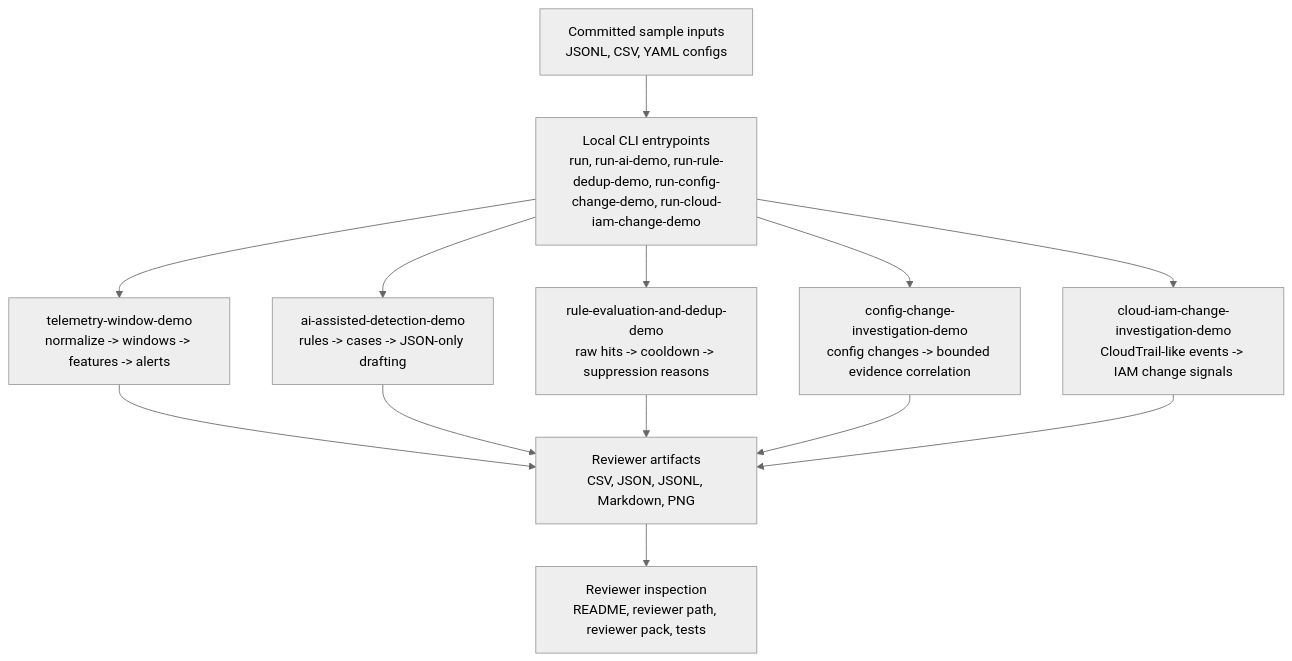
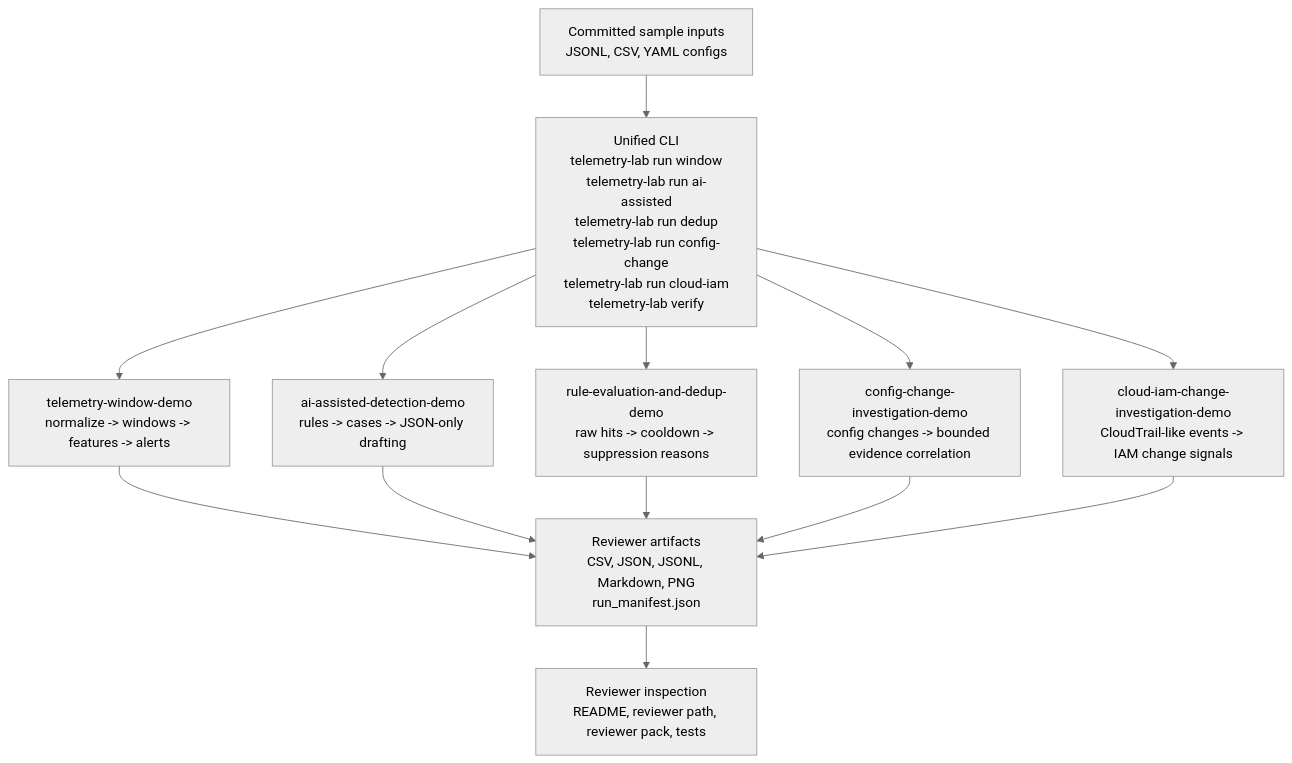
Before and after one commit to stacknil/telemetry-lab: the diagram in docs/architecture.md, drawn with Mermaid (neutral theme). The commit also changed other lines of this file and 83 other files, not shown here.

Commit message:
feat(release): align v1.2 architecture cohesion

````diff
--- a/docs/architecture.md
+++ b/docs/architecture.md
@@ -5,25 +5,25 @@
 ```mermaid
 flowchart TD
     Inputs["Committed sample inputs<br/>JSONL, CSV, YAML configs"]
-    CLI["Local CLI entrypoints<br/>run, run-ai-demo, run-rule-dedup-demo, run-config-change-demo, run-cloud-iam-change-demo"]
+    CLI["Unified CLI<br/>telemetry-lab run window<br/>telemetry-lab run ai-assisted<br/>telemetry-lab run dedup<br/>telemetry-lab run config-change<br/>telemetry-lab run cloud-iam<br/>telemetry-lab verify"]
     Window["telemetry-window-demo<br/>normalize -> windows -> features -> alerts"]
     AI["ai-assisted-detection-demo<br/>rules -> cases -> JSON-only drafting"]
     Dedup["rule-evaluation-and-dedup-demo<br/>raw hits -> cooldown -> suppression reasons"]
     Config["config-change-investigation-demo<br/>config changes -> bounded evidence correlation"]
     CloudIAM["cloud-iam-change-investigation-demo<br/>CloudTrail-like events -> IAM change signals"]
-    Artifacts["Reviewer artifacts<br/>CSV, JSON, JSONL, Markdown, PNG"]
+    Artifacts["Reviewer artifacts<br/>CSV, JSON, JSONL, Markdown, PNG<br/>run_manifest.json"]
     Review["Reviewer inspection<br/>README, reviewer path, reviewer pack, tests"]
 
     Inputs --> CLI
     CLI --> Window
     CLI --> AI
     CLI --> Dedup
     CLI --> Config
     CLI --> CloudIAM
     Window --> Artifacts
     AI --> Artifacts
     Dedup --> Artifacts
     Config --> Artifacts
     CloudIAM --> Artifacts
     Artifacts --> Review
 ```
````
